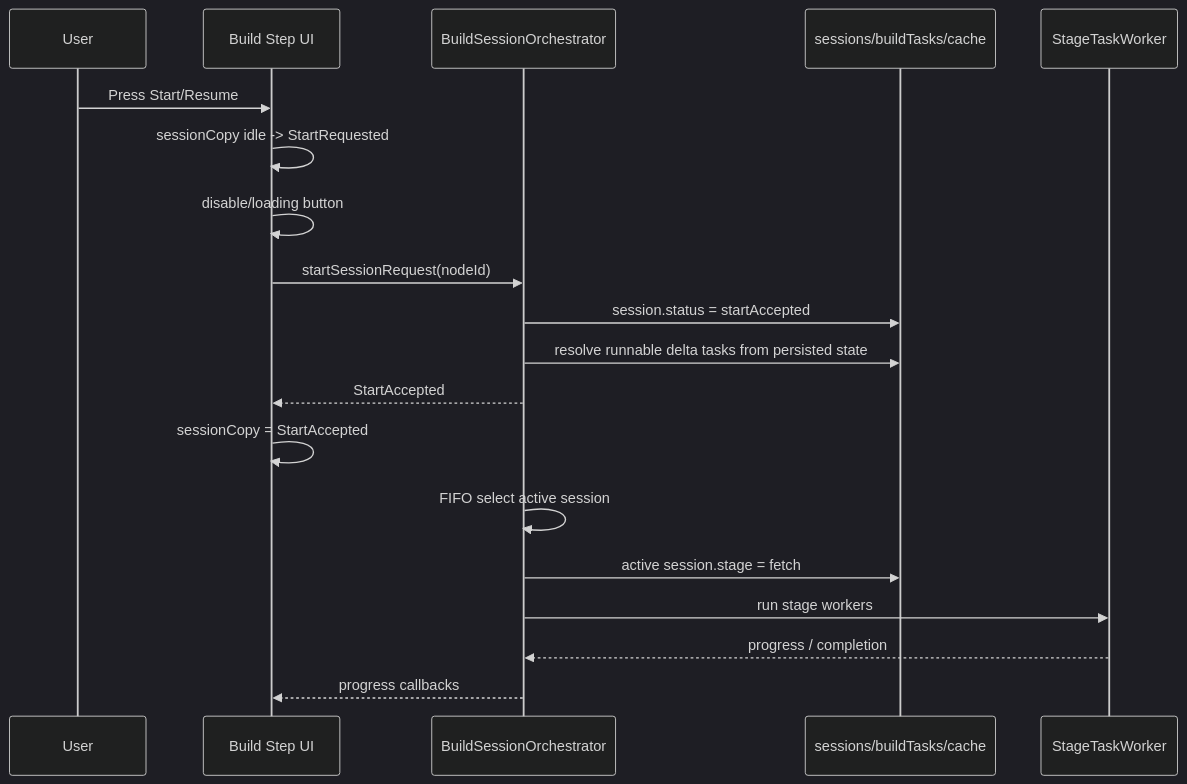
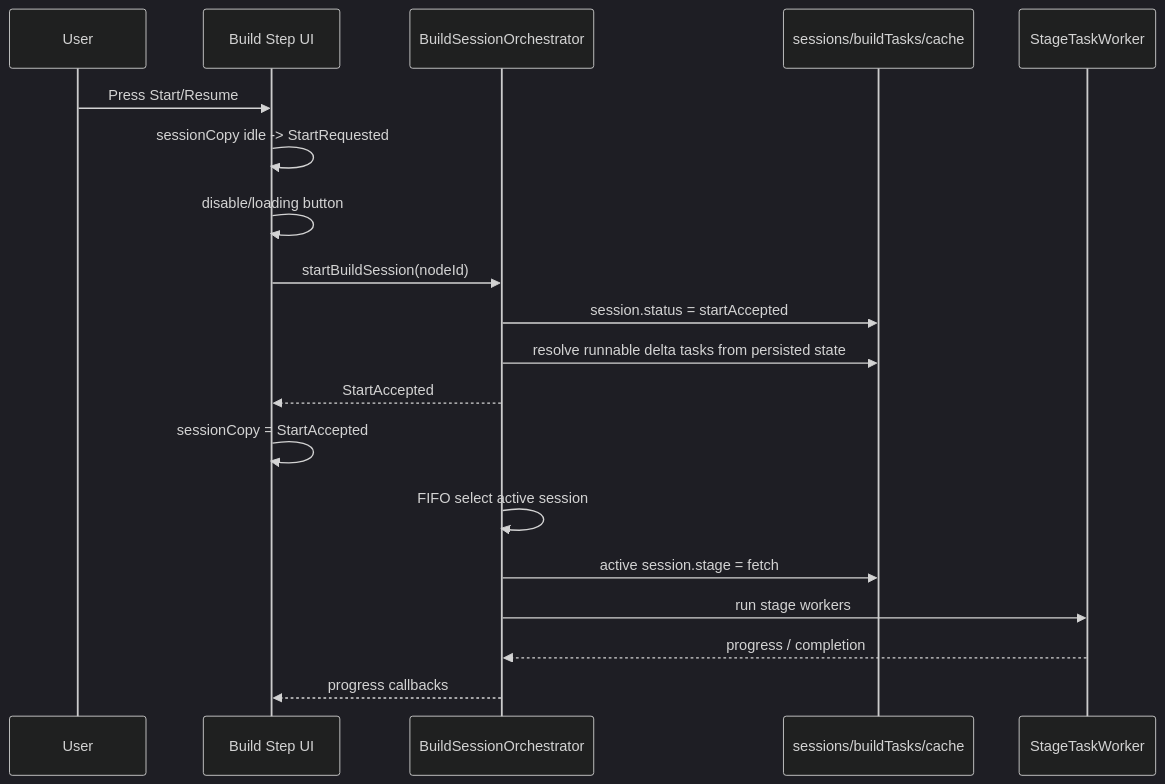
One commit to kubohiroya/hierarchidb changed the second of 4 diagrams in packages/runtime-worker/docs/build-session-orchestrator-state-transitions.md. Above: the diagram before and after it, drawn with Mermaid (dark theme). The commit also changed other lines of this file and 162 other files, not shown here.

Commit message:
chore(build): align build session control naming and docs

````diff
--- a/packages/runtime-worker/docs/build-session-orchestrator-state-transitions.md
+++ b/packages/runtime-worker/docs/build-session-orchestrator-state-transitions.md
@@ -146,22 +146,22 @@
 ```mermaid
 sequenceDiagram
   participant U as User
   participant UI as Build Step UI
   participant BO as BuildSessionOrchestrator
   participant DB as sessions/buildTasks/cache
   participant W as StageTaskWorker
 
   U->>UI: Press Start/Resume
   UI->>UI: sessionCopy idle -> StartRequested
   UI->>UI: disable/loading button
-  UI->>BO: startSessionRequest(nodeId)
+  UI->>BO: startBuildSession(nodeId)
   BO->>DB: session.status = startAccepted
   BO->>DB: resolve runnable delta tasks from persisted state
   BO-->>UI: StartAccepted
   UI->>UI: sessionCopy = StartAccepted
   BO->>BO: FIFO select active session
   BO->>DB: active session.stage = fetch
   BO->>W: run stage workers
   W-->>BO: progress / completion
   BO-->>UI: progress callbacks
 ```
````
